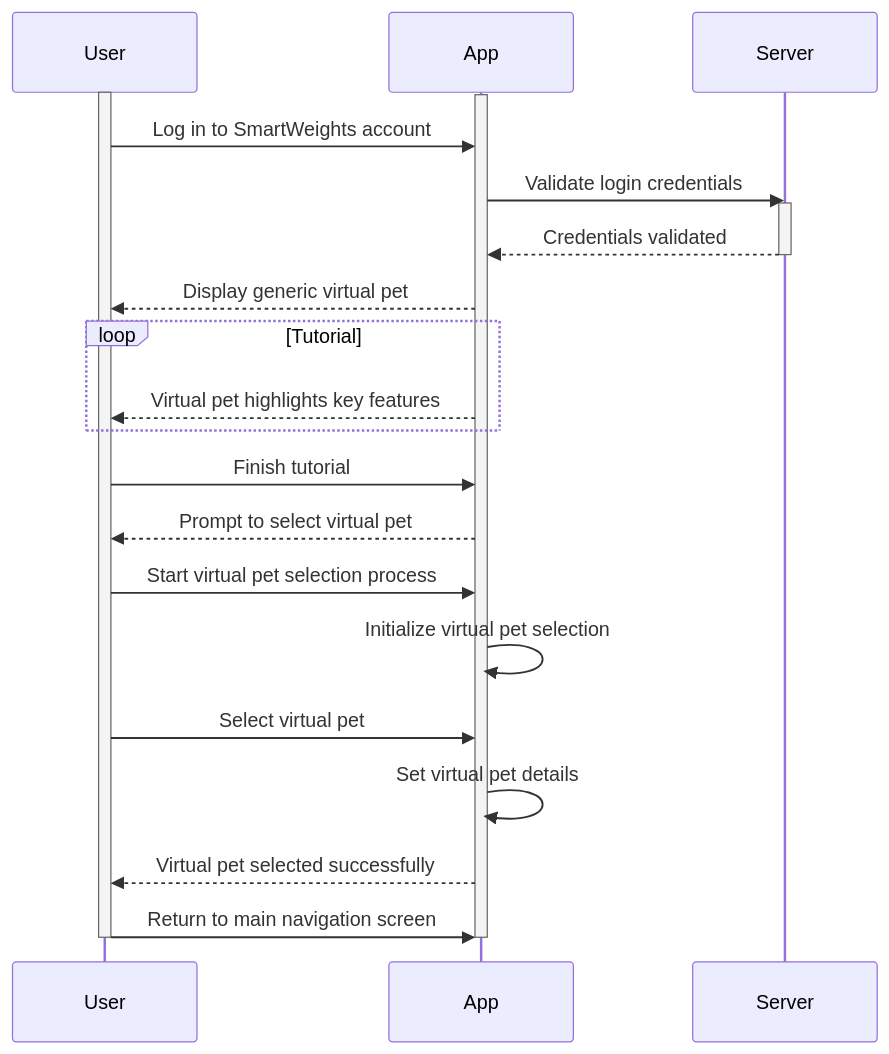
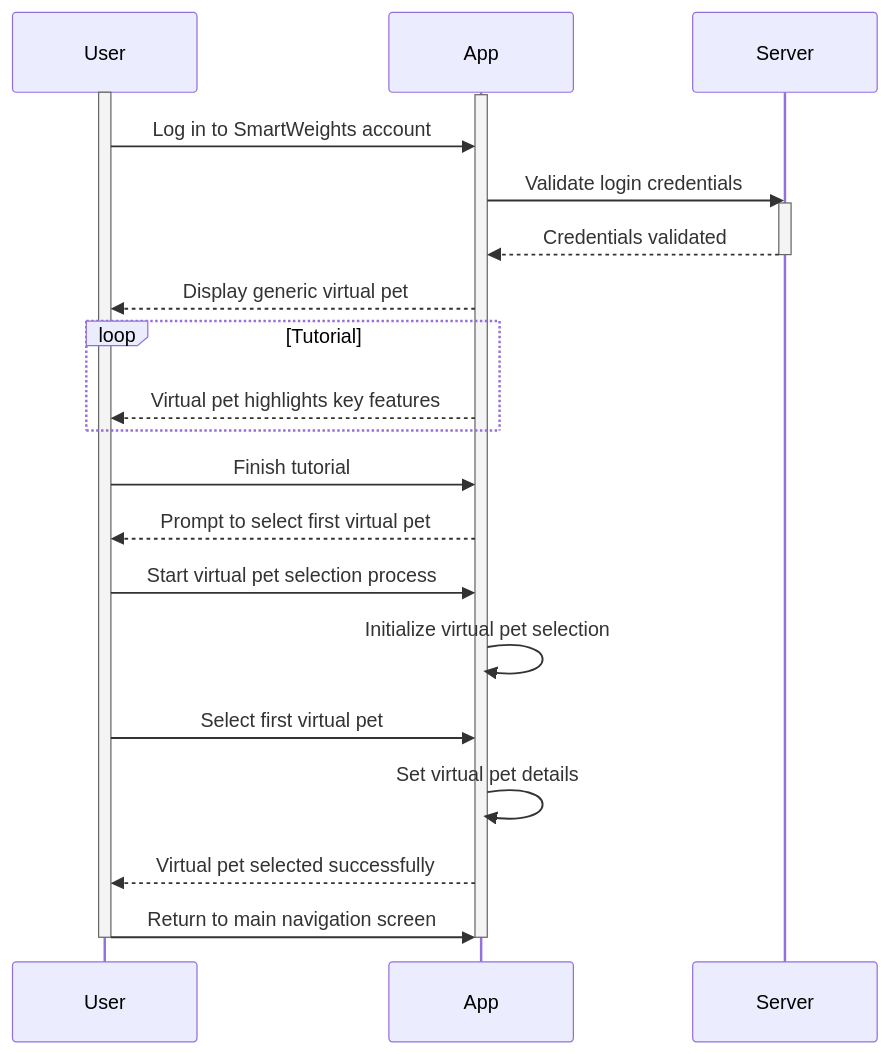
One commit to Capstone-Projects-2024-Spring/project-smartweights changed the second of 12 diagrams in documentation/docs/system-architecture/sequence-diagrams.md. Above: the diagram before and after it, drawn with Mermaid. The commit also changed other lines of this file, not shown here.

````diff
--- a/documentation/docs/system-architecture/sequence-diagrams.md
+++ b/documentation/docs/system-architecture/sequence-diagrams.md
@@ -51,31 +51,31 @@
 ```mermaid 
 sequenceDiagram
     participant User
     participant App
     participant Server
     activate User
     activate App
 
     User->>App: Log in to SmartWeights account
     App->>Server: Validate login credentials
     activate Server
     Server-->>App: Credentials validated
     deactivate Server
     App-->>User: Display generic virtual pet
     loop Tutorial
         App-->>User: Virtual pet highlights key features
     end
     User->>App: Finish tutorial
 
-    App-->>User: Prompt to select virtual pet
+    App-->>User: Prompt to select first virtual pet
     User->>App: Start virtual pet selection process
     App->>App: Initialize virtual pet selection
-    User->>App: Select virtual pet
+    User->>App: Select first virtual pet
     App->>App: Set virtual pet details
     App-->>User: Virtual pet selected successfully
     User->>App: Return to main navigation screen
 
     deactivate User
     deactivate App
 
 ```
````
